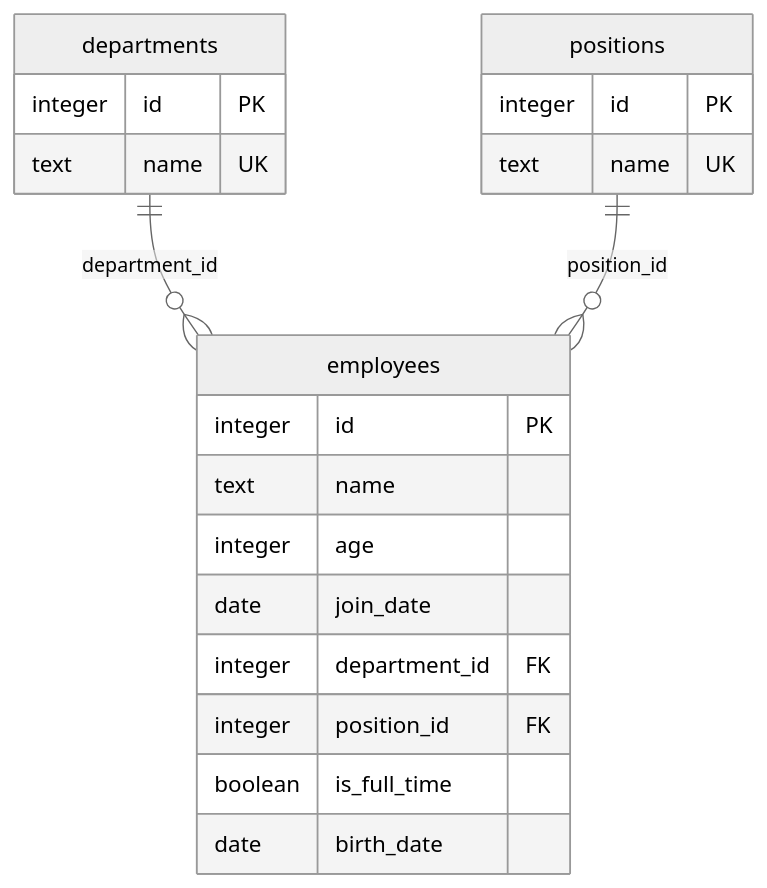
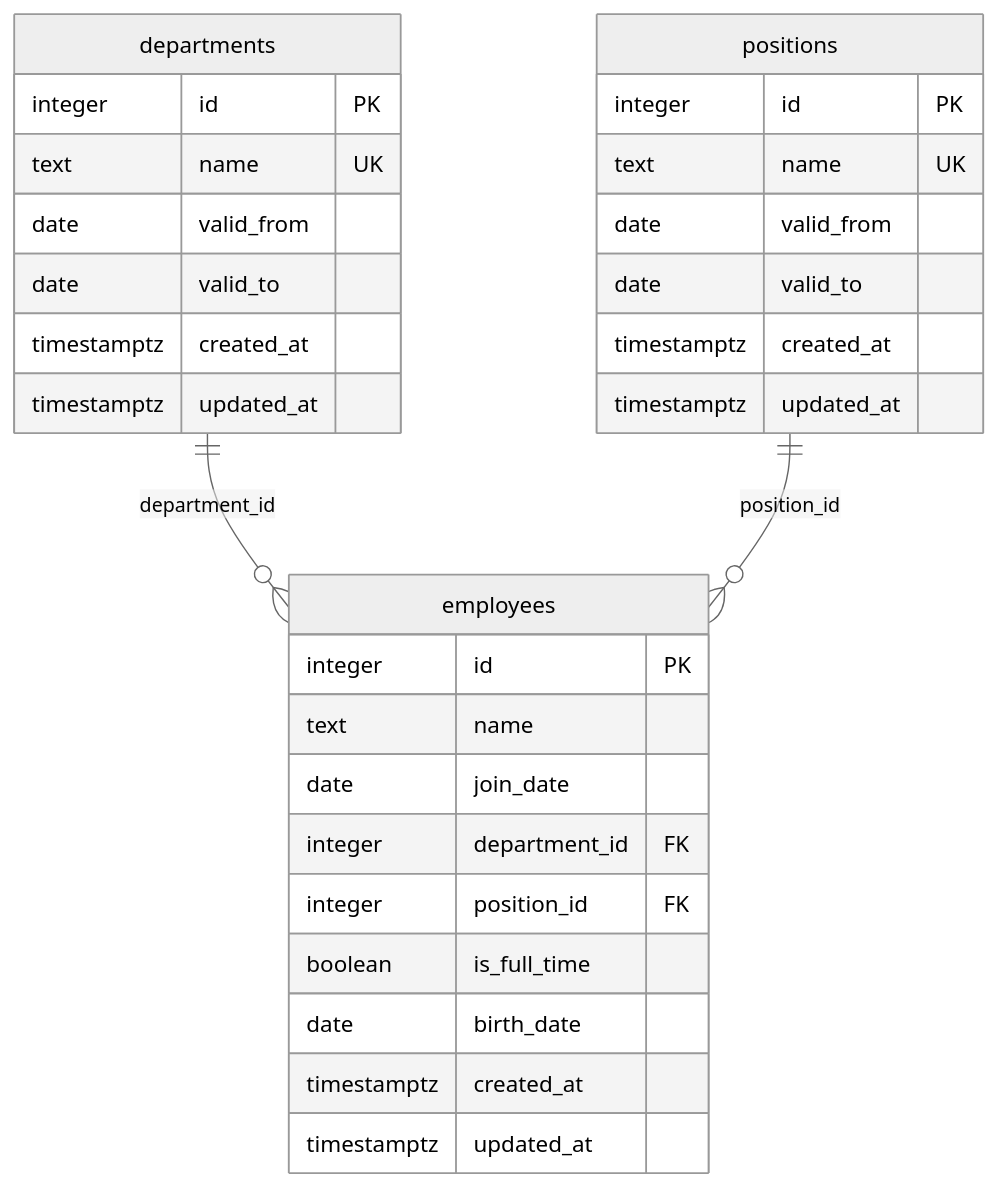
The diagram in .docs/02-db-tables.md (akiyoshi1989/fastify-app), drawn with Mermaid (neutral theme) before and after one commit. The commit also changed other lines of this file and 22 other files, not shown here.

````diff
--- a/.docs/02-db-tables.md
+++ b/.docs/02-db-tables.md
@@ -25,26 +38,35 @@
 ```mermaid
 erDiagram
   departments ||--o{ employees : "department_id"
   positions ||--o{ employees : "position_id"
 
   departments {
     integer id PK
     text name UK
+    date valid_from
+    date valid_to
+    timestamptz created_at
+    timestamptz updated_at
   }
 
   positions {
     integer id PK
     text name UK
+    date valid_from
+    date valid_to
+    timestamptz created_at
+    timestamptz updated_at
   }
 
   employees {
     integer id PK
     text name
-    integer age
     date join_date
     integer department_id FK
     integer position_id FK
     boolean is_full_time
     date birth_date
+    timestamptz created_at
+    timestamptz updated_at
   }
 ```
````
